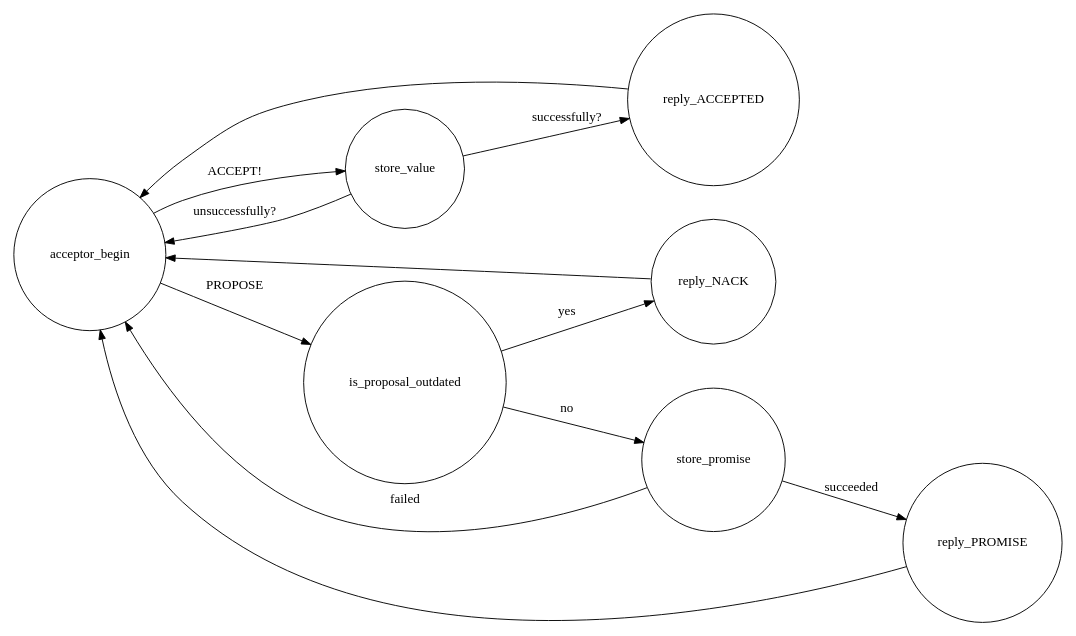
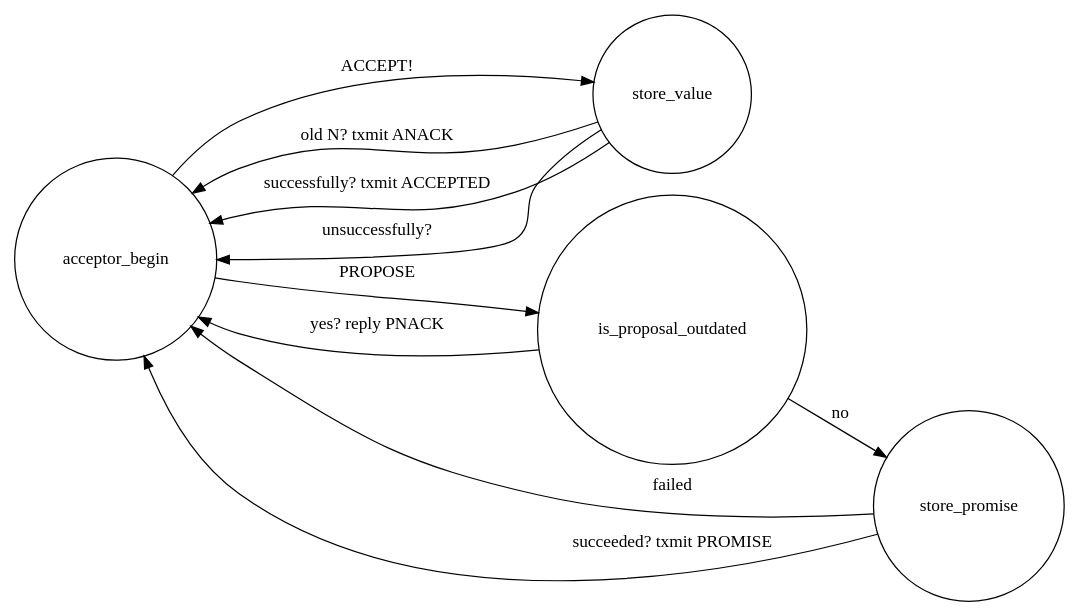
Before and after one commit to carlopires/libconsent: the diagram in techdoc/acceptorsm.dot, drawn with Graphviz.

Commit message:
Update acceptor state machine graph from algo.

```diff
--- a/techdoc/acceptorsm.dot
+++ b/techdoc/acceptorsm.dot
@@ -1,18 +1,16 @@
 digraph acceptor {
   rankdir=LR;
   size="11,9"
   node [shape = circle];
 
   acceptor_begin -> store_value [ label = "ACCEPT!" ];
-  store_value -> reply_ACCEPTED [ label = "successfully?" ];
-  reply_ACCEPTED -> acceptor_begin;
+  store_value -> acceptor_begin [ label = "old N? txmit ANACK" ];
+  store_value -> acceptor_begin [ label = "successfully? txmit ACCEPTED" ];
   store_value -> acceptor_begin [ label = "unsuccessfully?" ];
 
   acceptor_begin -> is_proposal_outdated [ label = "PROPOSE" ];
-  is_proposal_outdated -> reply_NACK [ label = "yes" ];
-  reply_NACK -> acceptor_begin;
+  is_proposal_outdated -> acceptor_begin [ label = "yes? reply PNACK" ];
   is_proposal_outdated -> store_promise [ label = "no" ];
   store_promise -> acceptor_begin [ label = "failed" ];
-  store_promise -> reply_PROMISE [ label = "succeeded" ];
-  reply_PROMISE -> acceptor_begin;
+  store_promise -> acceptor_begin [ label = "succeeded? txmit PROMISE" ];
 }
```
